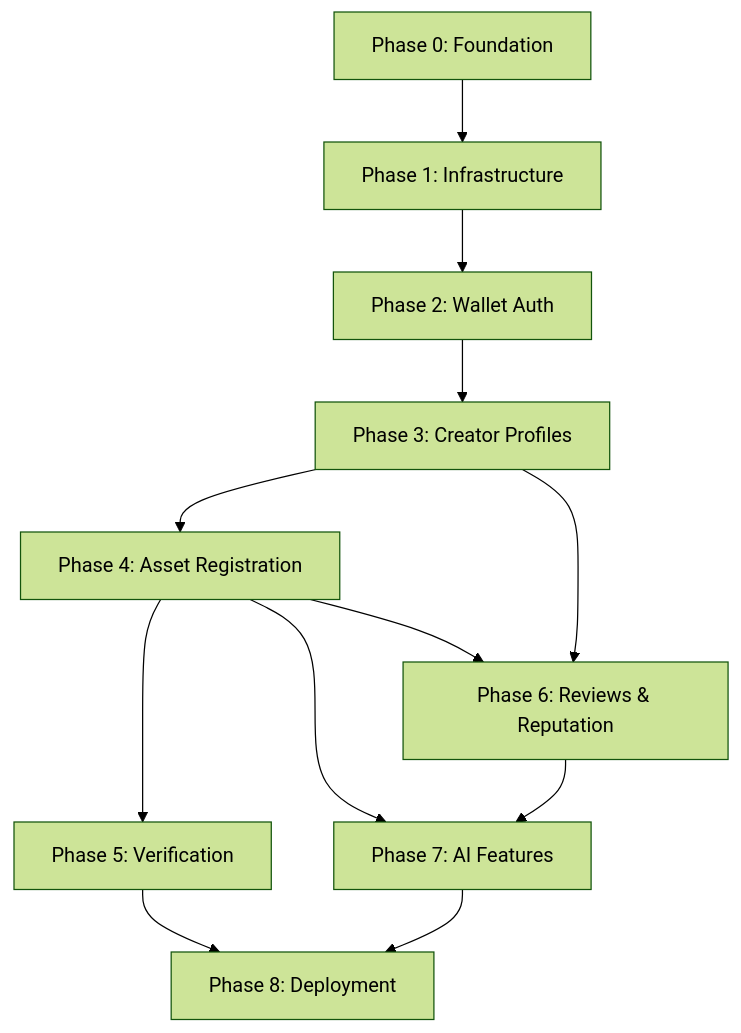
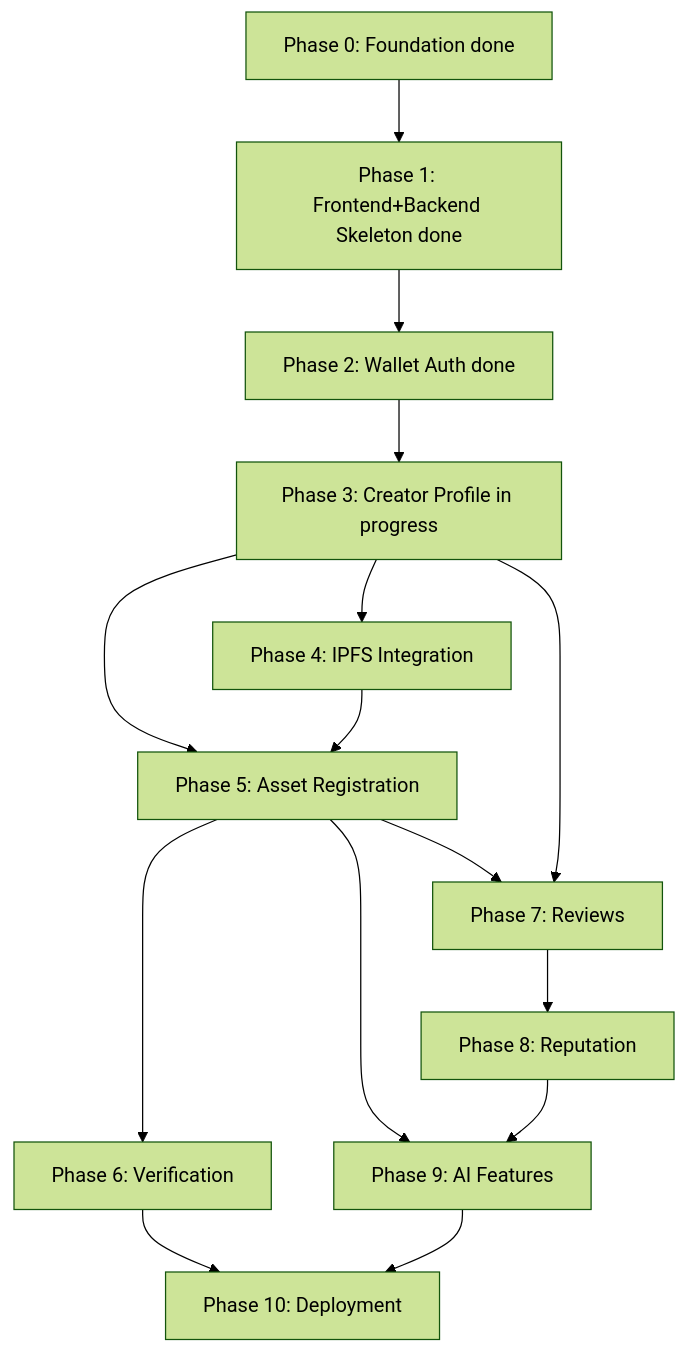
Before and after one commit to originchain-labs/originchain: the diagram in docs/DEVELOPMENT_ROADMAP.md, drawn with Mermaid (forest theme). The commit also changed other lines of this file, not shown here.

First line of the commit message:
docs: renumber roadmap phases to match actual implementation order

````diff
--- a/docs/DEVELOPMENT_ROADMAP.md
+++ b/docs/DEVELOPMENT_ROADMAP.md
@@ -147,14 +186,17 @@
 ```mermaid
 flowchart TD
-    P0[Phase 0: Foundation] --> P1[Phase 1: Infrastructure]
-    P1 --> P2[Phase 2: Wallet Auth]
-    P2 --> P3[Phase 3: Creator Profiles]
-    P3 --> P4[Phase 4: Asset Registration]
-    P4 --> P5[Phase 5: Verification]
-    P4 --> P6[Phase 6: Reviews & Reputation]
-    P3 --> P6
-    P4 --> P7[Phase 7: AI Features]
-    P6 --> P7
-    P5 --> P8[Phase 8: Deployment]
-    P7 --> P8
+    P0[Phase 0: Foundation done] --> P1[Phase 1: Frontend+Backend Skeleton done]
+    P1 --> P2[Phase 2: Wallet Auth done]
+    P2 --> P3[Phase 3: Creator Profile in progress]
+    P3 --> P4[Phase 4: IPFS Integration]
+    P3 --> P5[Phase 5: Asset Registration]
+    P4 --> P5
+    P5 --> P6[Phase 6: Verification]
+    P5 --> P7[Phase 7: Reviews]
+    P3 --> P7
+    P7 --> P8[Phase 8: Reputation]
+    P5 --> P9[Phase 9: AI Features]
+    P8 --> P9
+    P6 --> P10[Phase 10: Deployment]
+    P9 --> P10
 ```
````
